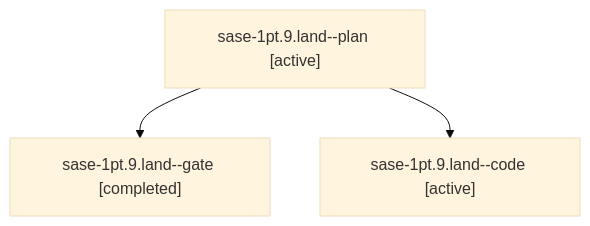
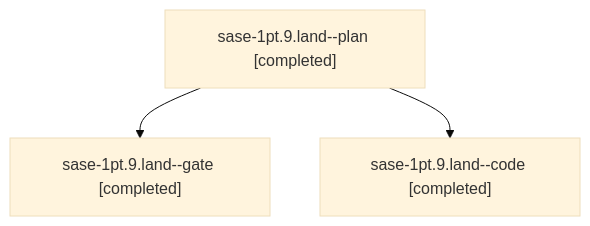
The diagram in sessions/bbugyi200.athena.sase-1pt.9.land.md (sase-org/sase--agents), drawn with Mermaid (base theme) before and after one commit. The commit also changed other lines of this file and 34 other files, not shown here.

````diff
--- a/sessions/bbugyi200.athena.sase-1pt.9.land.md
+++ b/sessions/bbugyi200.athena.sase-1pt.9.land.md
@@ -9,8 +9,8 @@
 ```mermaid
 flowchart TD
-  n0["sase-1pt.9.land--plan [active]"]
+  n0["sase-1pt.9.land--plan [completed]"]
   n1["sase-1pt.9.land--gate [completed]"]
   n0 --> n1
-  n2["sase-1pt.9.land--code [active]"]
+  n2["sase-1pt.9.land--code [completed]"]
   n0 --> n2
 ```
````
